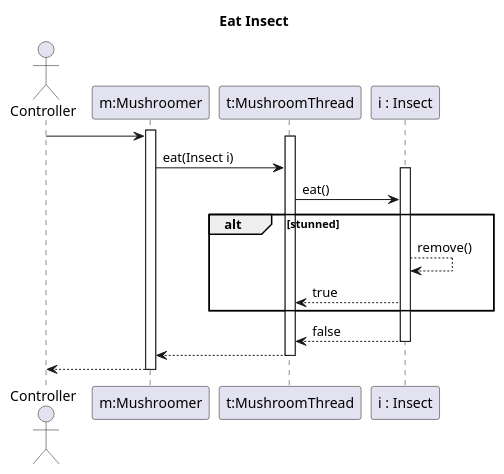
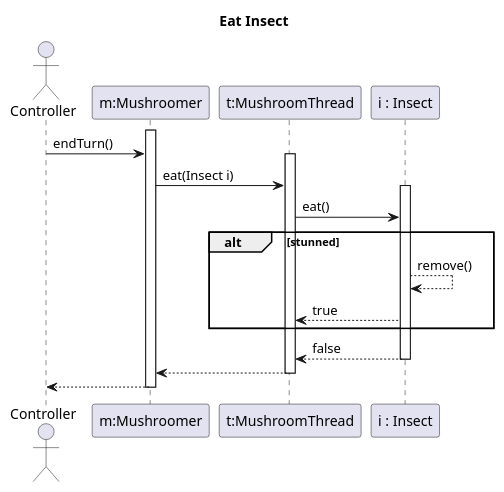
Before and after one commit to Petya-G/fungorium: the diagram in 7/sequences/eatInsect.puml, drawn with PlantUML. The commit also changed 2 other files, not shown here.

Commit message:
# changed sequence diagrams complete

```diff
--- a/7/sequences/eatInsect.puml
+++ b/7/sequences/eatInsect.puml
@@ -1,25 +1,25 @@
 @startuml eatInsect
 title Eat Insect
 
 actor Controller
 participant "m:Mushroomer" as M
 participant "t:MushroomThread" as T
 participant "i : Insect" as I
 
 activate M
-Controller-> M
+Controller-> M : endTurn()
 activate T
     M->T: eat(Insect i)
     activate I
         T->I : eat() 
         alt stunned      
             I-->I : remove()  
             I-->T : true  
         end 
         I-->T : false
     deactivate I
     T-->M
 deactivate T
 M-->Controller
 deactivate M
 @enduml
```
